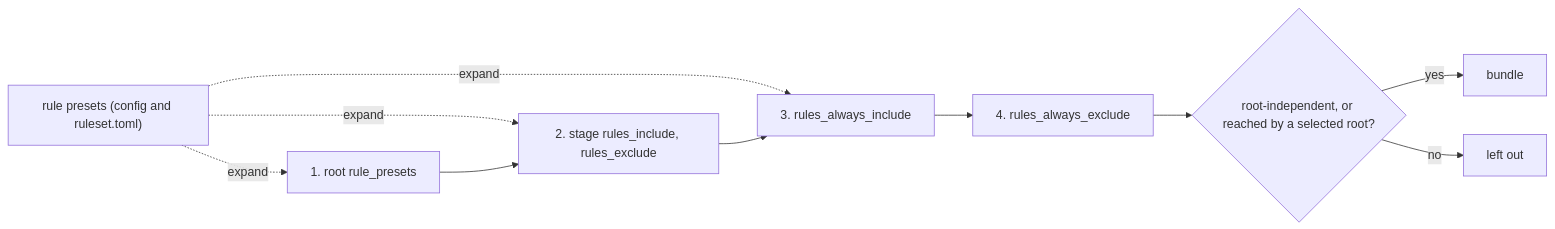
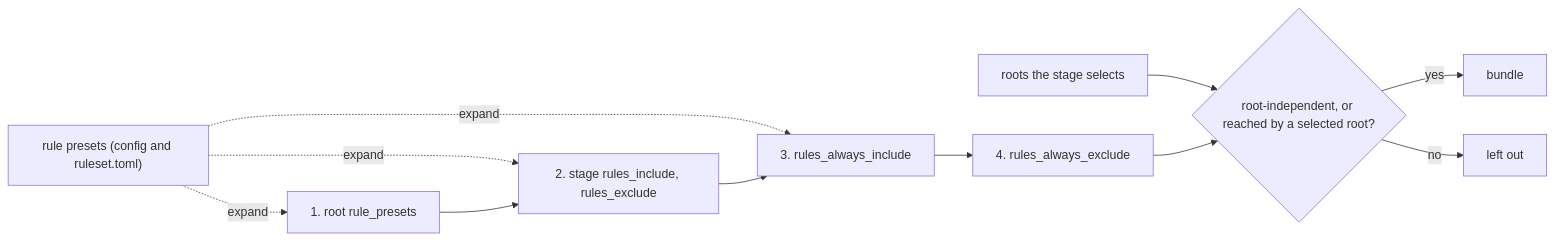
One commit to msitarz/wio changed the second of 2 diagrams in .agents/wio/works/rule-presets/README.md. Above: the diagram before and after it, drawn with Mermaid. The commit also changed other lines of this file, not shown here.

````diff
--- a/.agents/wio/works/rule-presets/README.md
+++ b/.agents/wio/works/rule-presets/README.md
@@ -162,12 +172,13 @@
 ```mermaid
 flowchart LR
     rp["rule presets (config and ruleset.toml)"] -. "expand" .-> l1
     rp -. "expand" .-> l2
     rp -. "expand" .-> l3
     l1["1. root rule_presets"] --> l2["2. stage rules_include, rules_exclude"]
     l2 --> l3["3. rules_always_include"]
     l3 --> l4["4. rules_always_exclude"]
+    sr["roots the stage selects"] --> elig
     l4 --> elig{"root-independent, or reached by a selected root?"}
     elig -- "yes" --> bundle["bundle"]
     elig -- "no" --> cut["left out"]
 ```
````
